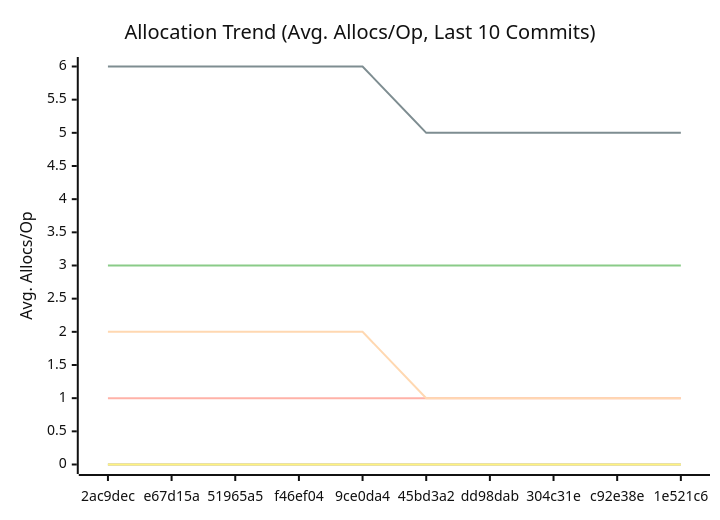
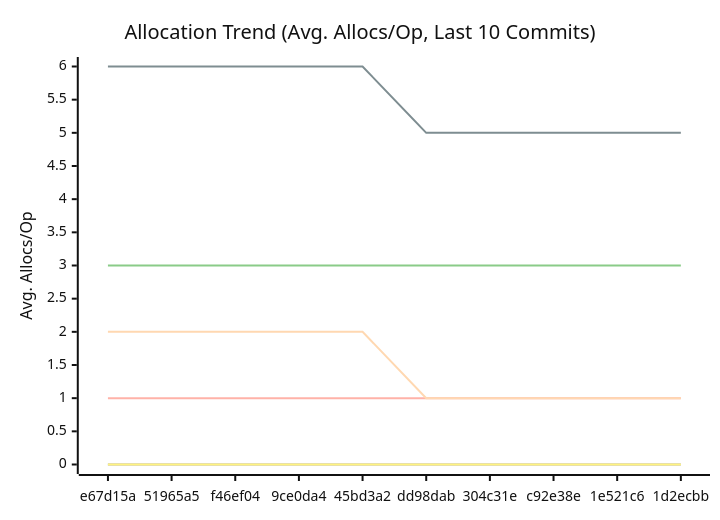
One commit to alsotoes/momo changed the third of 3 diagrams in docs/PERFORMANCE.md. Above: the diagram before and after it, drawn with Mermaid (neutral theme). The commit also changed other lines of this file and 5 other files, not shown here.

````diff
--- a/docs/PERFORMANCE.md
+++ b/docs/PERFORMANCE.md
@@ -114,16 +114,16 @@
 ```mermaid
 xychart-beta
     title "Allocation Trend (Avg. Allocs/Op, Last 10 Commits)"
     x-axis "Commit"
     y-axis "Avg. Allocs/Op"
-    x-axis [2ac9dec,e67d15a,51965a5,f46ef04,9ce0da4,45bd3a2,dd98dab,304c31e,c92e38e,1e521c6]
+    x-axis [e67d15a,51965a5,f46ef04,9ce0da4,45bd3a2,dd98dab,304c31e,c92e38e,1e521c6,1d2ecbb]
     line "CheckMetricsAndSwap" [0,0,0,0,0,0,0,0,0,0]
     line "CrushOptimized" [0,0,0,0,0,0,0,0,0,0]
     line "CrushOriginal" [3,3,3,3,3,3,3,3,3,3]
     line "IndexDirectTracking" [0,0,0,0,0,0,0,0,0,0]
     line "IndexSearch" [0,0,0,0,0,0,0,0,0,0]
     line "LoadGlobalConfig" [1,1,1,1,1,1,1,1,1,1]
     line "PadString" [0,0,0,0,0,0,0,0,0,0]
     line "ParseReplicationOrder_NoPrealloc" [6,6,6,6,6,5,5,5,5,5]
     line "ParseReplicationOrder_Prealloc" [2,2,2,2,2,1,1,1,1,1]
 ```
````
